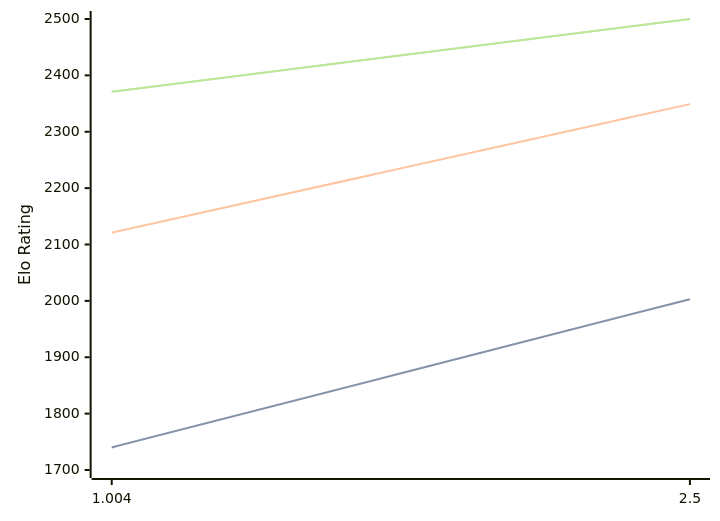
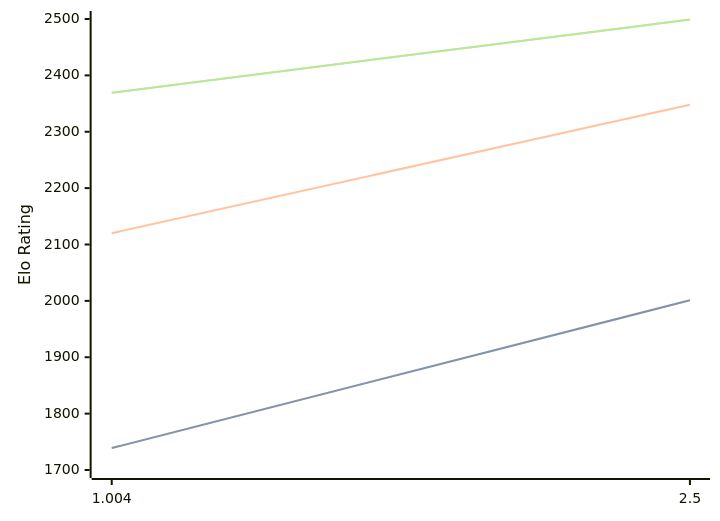
One commit to computer-chess-index/cci changed the diagram in engines/Ares.md. Above: the diagram before and after it, drawn with Mermaid. The commit also changed other lines of this file, not shown here.

Commit message:
Update CCI Ratings (ELO VLTC) - 2026-03-04

````diff
--- a/engines/Ares.md
+++ b/engines/Ares.md
@@ -30,11 +30,11 @@
 ```mermaid
 %%{init: {"theme":"base","themeVariables":{"seriesColors:['#a3a3a3','#222221','#faa371']}}}%%
 xychart-beta
   x-axis ["1.004", "2.5"]
   y-axis "Elo Rating" 1700 --> 2500
-  line "STC (8.0+0.08s)" [1740, 2003]
-  line "STC (8.0+0.08s)" [1740, 2003]
-  line "LTC (60.0+0.60s)" [2121, 2349]
-  line "VLTC (2m24s+1.12s)" [2371, 2500]
-  line "VLTC (2m24s+1.12s)" [2371, 2500]
+  line "STC (8.0+0.08s)" [1739, 2001]
+  line "STC (8.0+0.08s)" [1739, 2001]
+  line "LTC (60.0+0.60s)" [2120, 2348]
+  line "VLTC (2m24s+1.12s)" [2369, 2499]
+  line "VLTC (2m24s+1.12s)" [2369, 2499]
 ```
````
